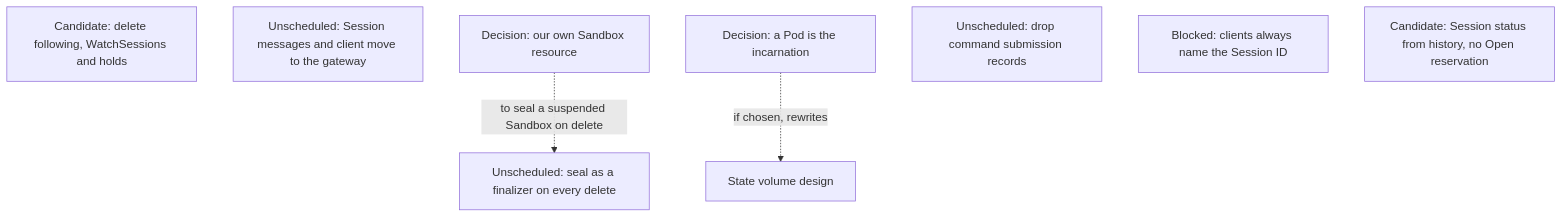
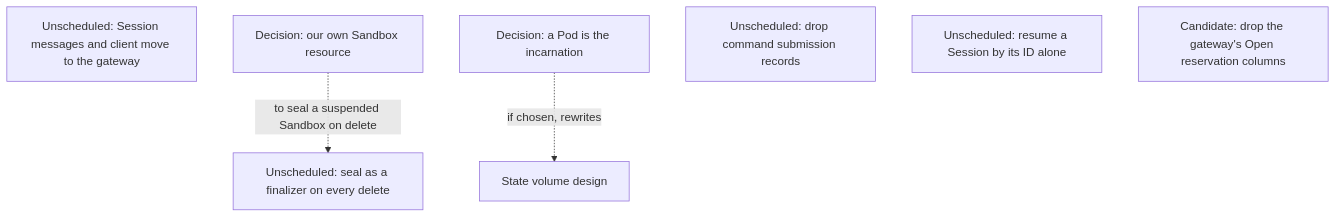
Diagram 12 of 13 in agentplane/plans/task_dag.md (agentydragon-agent/ducktape), drawn with Mermaid before and after one commit. The commit also changed other lines of this file and 160 other files, not shown here.

First line of the commit message:
agentplane/history_service: stop following Sessions (#9995)

````diff
--- a/agentplane/plans/task_dag.md
+++ b/agentplane/plans/task_dag.md
@@ -834,13 +809,12 @@
 ```mermaid
 flowchart TD
-    FOLLOW_PATH_RETIRE[Candidate: delete following, WatchSessions and holds]
     GATEWAY_CLIENT_SPLIT[Unscheduled: Session messages and client move to the gateway]
     AGENTPLANE_SANDBOX_RESOURCE[Decision: our own Sandbox resource]
     POD_INCARNATION[Decision: a Pod is the incarnation]
     SEAL_FINALIZER[Unscheduled: seal as a finalizer on every delete]
     COMMAND_RECORDS_RETIRE[Unscheduled: drop command submission records]
-    SESSION_ID_MINT_RETIRE[Blocked: clients always name the Session ID]
-    LOOKUP_SESSION_RETIRE[Candidate: Session status from history, no Open reservation]
+    RESUME_BY_SESSION_ID[Unscheduled: resume a Session by its ID alone]
+    SESSION_OPEN_COLUMNS_DROP[Candidate: drop the gateway's Open reservation columns]
     AGENTPLANE_SANDBOX_RESOURCE -. to seal a suspended Sandbox on delete .-> SEAL_FINALIZER
     POD_INCARNATION -. if chosen, rewrites .-> SESSION_STATE_VOLUME_DESIGN[State volume design]
 ```
````
